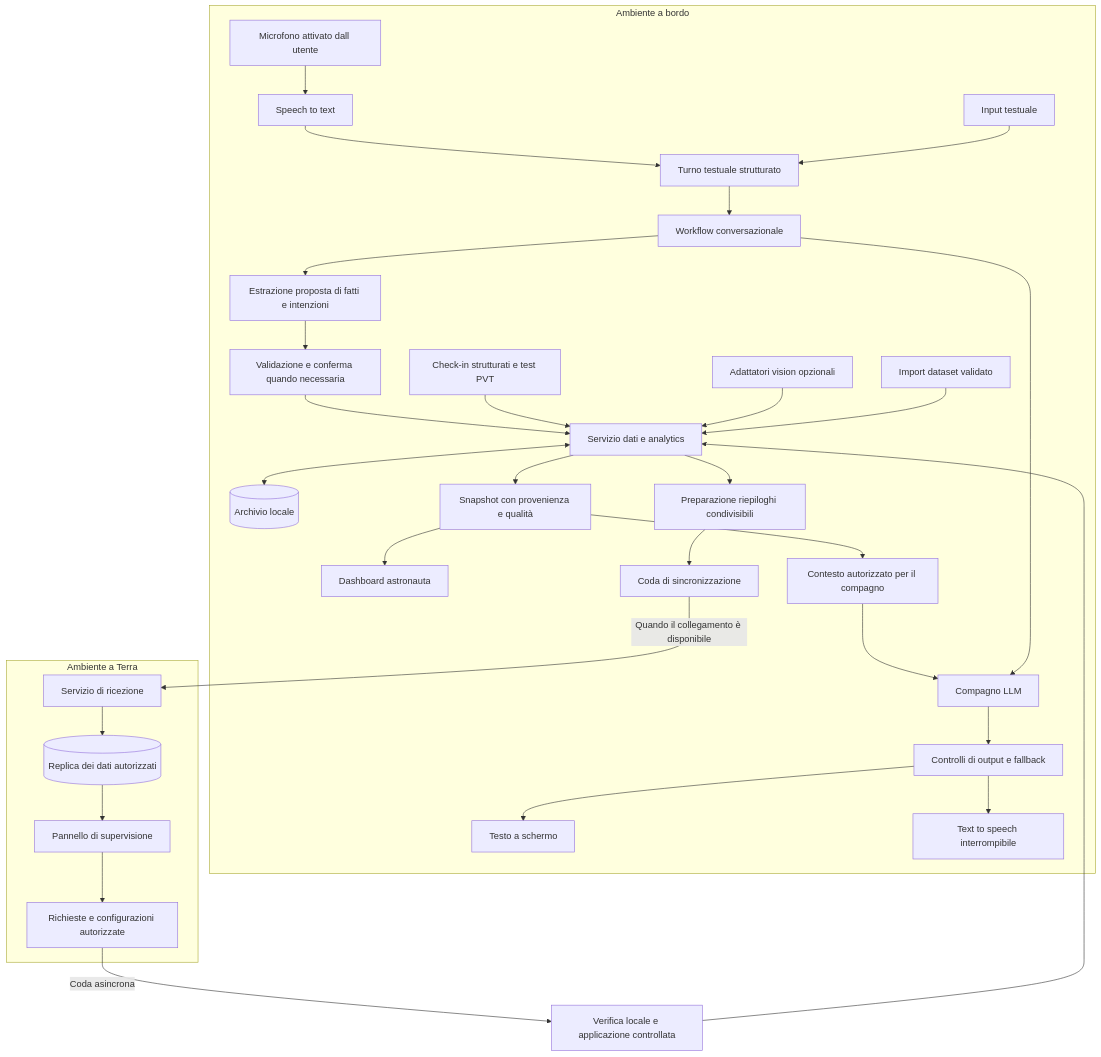
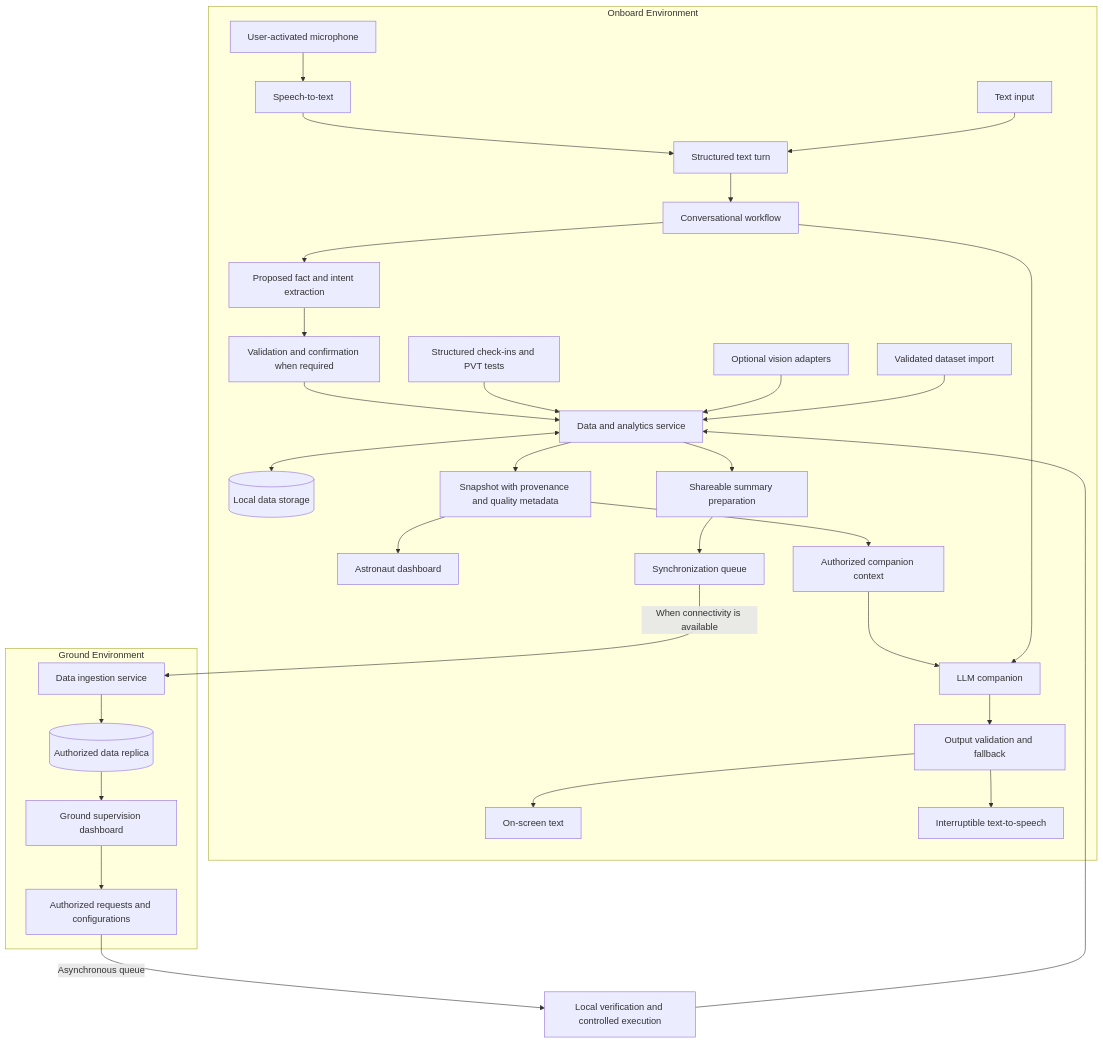
The diagram in docs/structure.md (fabriziodrr/nasa_space_app_challenge), drawn with Mermaid before and after one commit. The commit also changed other lines of this file and 1 other file, not shown here.

````diff
--- a/docs/structure.md
+++ b/docs/structure.md
@@ -19,34 +19,41 @@
 ```mermaid
 flowchart TD
-    subgraph BOARD[Ambiente a bordo]
-        MIC[Microfono attivato dall utente] --> STT[Speech to text]
-        STT --> TURN[Turno testuale strutturato]
-        TEXT[Input testuale] --> TURN
-        TURN --> FLOW[Workflow conversazionale]
-        FLOW --> EXTRACT[Estrazione proposta di fatti e intenzioni]
-        EXTRACT --> CHECK[Validazione e conferma quando necessaria]
-        CHECK --> DATA[Servizio dati e analytics]
-        INPUT[Check-in strutturati e test PVT] --> DATA
-        VISION[Adattatori vision opzionali] --> DATA
-        IMPORT[Import dataset validato] --> DATA
-        DATA <--> DB[(Archivio locale)]
-        DATA --> SNAP[Snapshot con provenienza e qualità]
-        SNAP --> DASH[Dashboard astronauta]
-        SNAP --> CONTEXT[Contesto autorizzato per il compagno]
-        CONTEXT --> COMP[Compagno LLM]
+    subgraph BOARD[Onboard Environment]
+        MIC[User-activated microphone] --> STT[Speech-to-text]
+        STT --> TURN[Structured text turn]
+        TEXT[Text input] --> TURN
+        TURN --> FLOW[Conversational workflow]
+        FLOW --> EXTRACT[Proposed fact and intent extraction]
+        EXTRACT --> CHECK[Validation and confirmation when required]
+        CHECK --> DATA[Data and analytics service]
+
+        INPUT[Structured check-ins and PVT tests] --> DATA
+        VISION[Optional vision adapters] --> DATA
+        IMPORT[Validated dataset import] --> DATA
+
+        DATA <--> DB[(Local data storage)]
+        DATA --> SNAP[Snapshot with provenance and quality metadata]
+
+        SNAP --> DASH[Astronaut dashboard]
+        SNAP --> CONTEXT[Authorized companion context]
+        CONTEXT --> COMP[LLM companion]
         FLOW --> COMP
-        COMP --> OUT[Controlli di output e fallback]
-        OUT --> DISPLAY[Testo a schermo]
-        OUT --> TTS[Text to speech interrompibile]
-        DATA --> EXPORT[Preparazione riepiloghi condivisibili]
-        EXPORT --> QUEUE[Coda di sincronizzazione]
+
+        COMP --> OUT[Output validation and fallback]
+        OUT --> DISPLAY[On-screen text]
+        OUT --> TTS[Interruptible text-to-speech]
+
+        DATA --> EXPORT[Shareable summary preparation]
+        EXPORT --> QUEUE[Synchronization queue]
     end
-    subgraph GROUND[Ambiente a Terra]
-        INGEST[Servizio di ricezione] --> REPLICA[(Replica dei dati autorizzati)]
-        REPLICA --> CONTROL[Pannello di supervisione]
-        CONTROL --> REQUEST[Richieste e configurazioni autorizzate]
+
+    subgraph GROUND[Ground Environment]
+        INGEST[Data ingestion service] --> REPLICA[(Authorized data replica)]
+        REPLICA --> CONTROL[Ground supervision dashboard]
+        CONTROL --> REQUEST[Authorized requests and configurations]
     end
-    QUEUE -->|Quando il collegamento è disponibile| INGEST
-    REQUEST -->|Coda asincrona| VALIDATE[Verifica locale e applicazione controllata]
+
+    QUEUE -->|When connectivity is available| INGEST
+    REQUEST -->|Asynchronous queue| VALIDATE[Local verification and controlled execution]
     VALIDATE --> DATA
 ```
````
